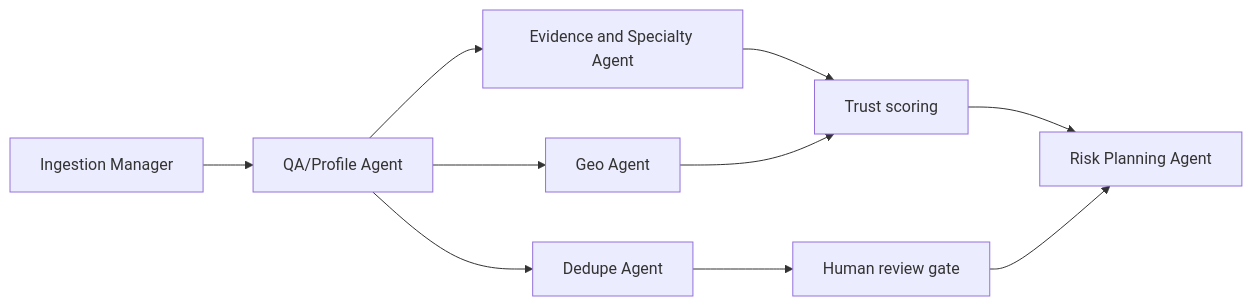
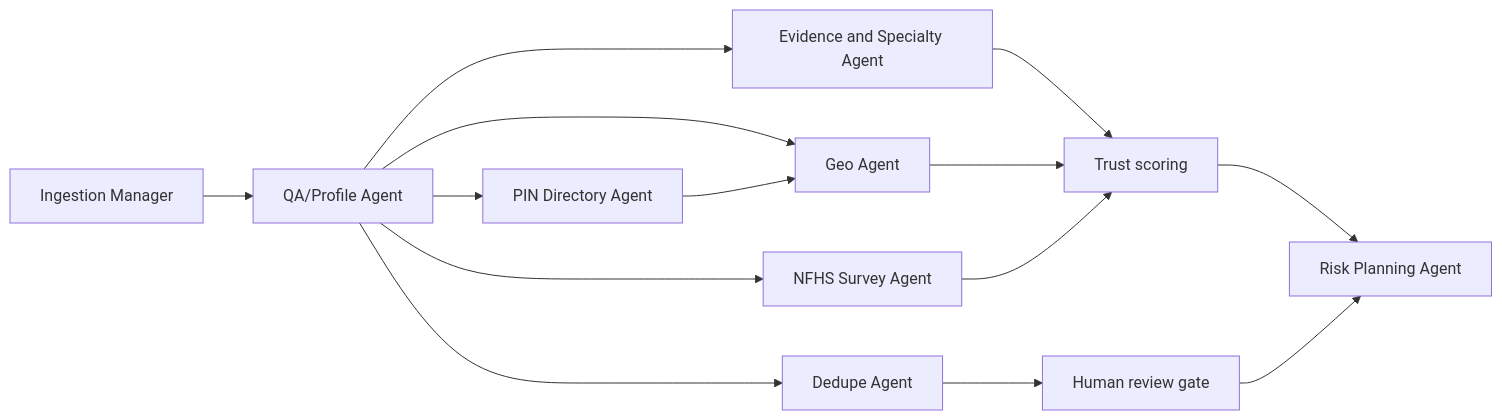
Before and after one commit to motobob/dbx_hack_doctors: the fifth of 5 diagrams in README.md, drawn with Mermaid. The commit also changed other lines of this file and 40 other files, not shown here.

````diff
--- a/README.md
+++ b/README.md
@@ -181,12 +225,16 @@
 ```mermaid
 flowchart LR
   ingest[Ingestion Manager] --> qa[QA/Profile Agent]
+  qa --> pin[PIN Directory Agent]
+  qa --> nfhs[NFHS Survey Agent]
   qa --> dedupe[Dedupe Agent]
   qa --> evidence[Evidence and Specialty Agent]
   qa --> geo[Geo Agent]
+  pin --> geo
   dedupe --> review[Human review gate]
   evidence --> trust[Trust scoring]
   geo --> trust
+  nfhs --> trust
   trust --> risk[Risk Planning Agent]
   review --> risk
 ```
````
